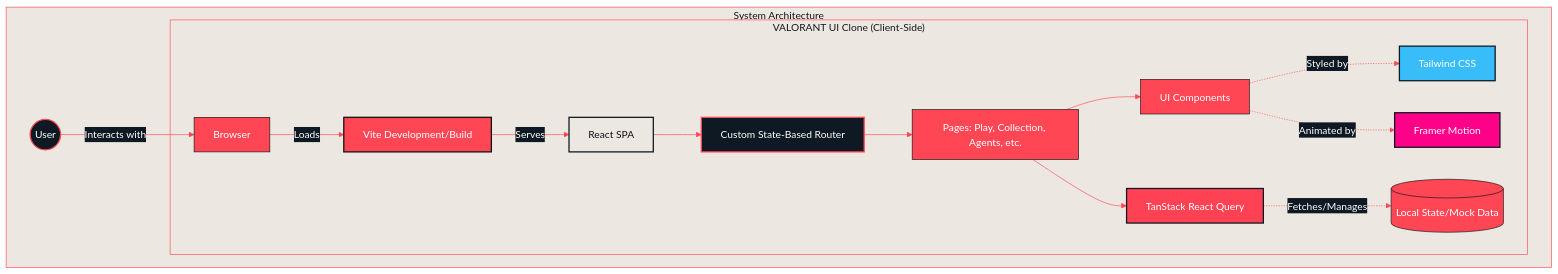
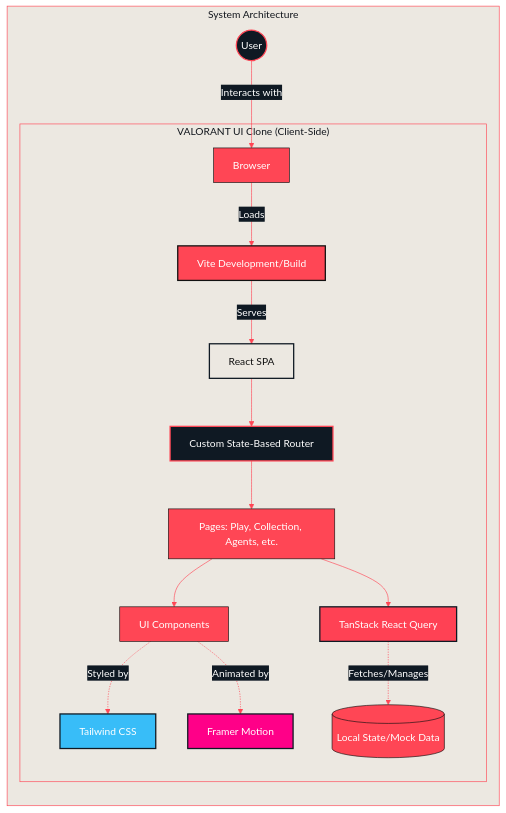
The first of 4 diagrams in README.md (Mr-Nobody003/VALORANT), drawn with Mermaid before and after one commit. The commit also changed other lines of this file, not shown here.

````diff
--- a/README.md
+++ b/README.md
@@ -88,25 +88,26 @@
 ```mermaid
 %%{init: {'theme': 'base', 'themeVariables': { 'primaryColor': '#ff4655', 'primaryTextColor': '#fff', 'primaryBorderColor': '#111', 'lineColor': '#ff4655', 'secondaryColor': '#0f1923', 'tertiaryColor': '#ece8e1', 'clusterBorder': '#ff4655'}}}%%
-graph TD
+flowchart TD
     subgraph "System Architecture"
+        direction TD
         User((User)) --> |Interacts with| Browser
         subgraph "VALORANT UI Clone (Client-Side)"
             Browser --> |Loads| Vite[Vite Development/Build]
             Vite --> |Serves| App[React SPA]
             App --> Router[Custom State-Based Router]
             Router --> Pages[Pages: Play, Collection, Agents, etc.]
             Pages --> Components[UI Components]
             Components -.-> |Styled by| Tailwind[Tailwind CSS]
             Components -.-> |Animated by| Framer[Framer Motion]
             Pages --> ReactQuery[TanStack React Query]
             ReactQuery -.-> |Fetches/Manages| LocalData[(Local State/Mock Data)]
         end
     style User fill:#0f1923,stroke:#ff4655,stroke-width:2px,color:#fff
     style Vite fill:#ff4655,stroke:#111,stroke-width:2px,color:#fff
     style App fill:#ece8e1,stroke:#0f1923,stroke-width:2px,color:#111
     style Router fill:#0f1923,stroke:#ff4655,stroke-width:2px,color:#fff
     style Tailwind fill:#38bdf8,stroke:#0f1923,stroke-width:2px,color:#fff
     style Framer fill:#ff0088,stroke:#0f1923,stroke-width:2px,color:#fff
     style ReactQuery fill:#ff4154,stroke:#0f1923,stroke-width:2px,color:#fff
     end
 ```
````
